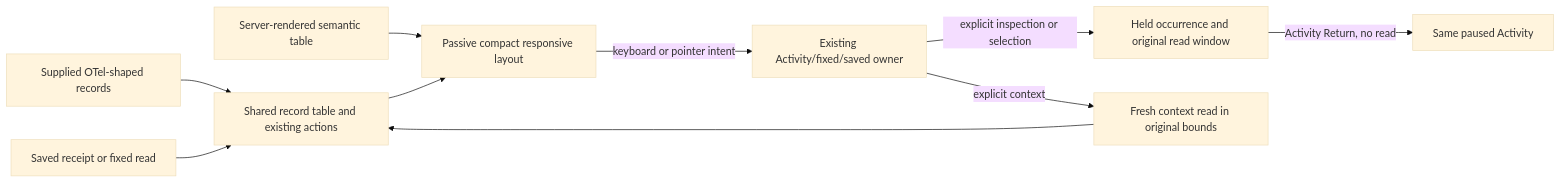
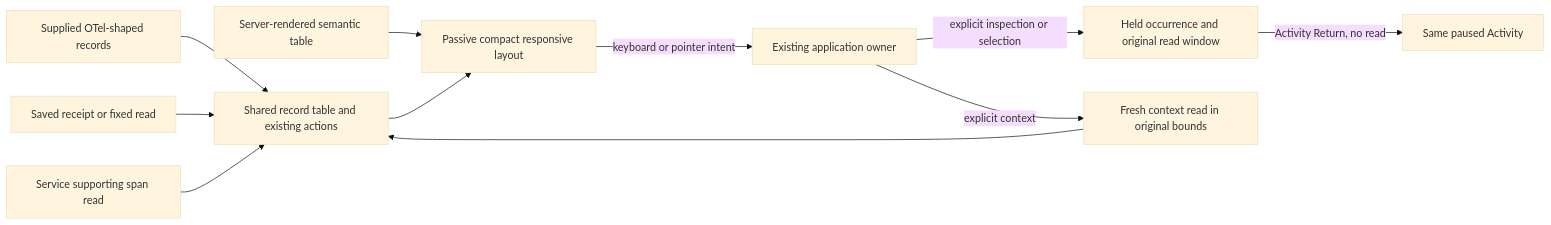
The diagram in docs/COMPACT_MOBILE_RECORDS.md (casselc/goo), drawn with Mermaid (base theme) before and after one commit. The commit also changed other lines of this file and 20 other files, not shown here.

````diff
--- a/docs/COMPACT_MOBILE_RECORDS.md
+++ b/docs/COMPACT_MOBILE_RECORDS.md
@@ -44,12 +44,13 @@
 ```mermaid
 flowchart LR
   Records[Supplied OTel-shaped records] --> Table[Shared record table and existing actions]
   SSR[Server-rendered semantic table] --> Layout[Passive compact responsive layout]
   Frozen[Saved receipt or fixed read] --> Table
+  ServiceHeld[Service supporting span read] --> Table
   Table --> Layout
-  Layout -->|keyboard or pointer intent| Owner[Existing Activity/fixed/saved owner]
+  Layout -->|keyboard or pointer intent| Owner[Existing application owner]
   Owner -->|explicit inspection or selection| Held[Held occurrence and original read window]
   Owner -->|explicit context| Context[Fresh context read in original bounds]
   Context --> Table
   Held -->|Activity Return, no read| Activity[Same paused Activity]
 ```
````
